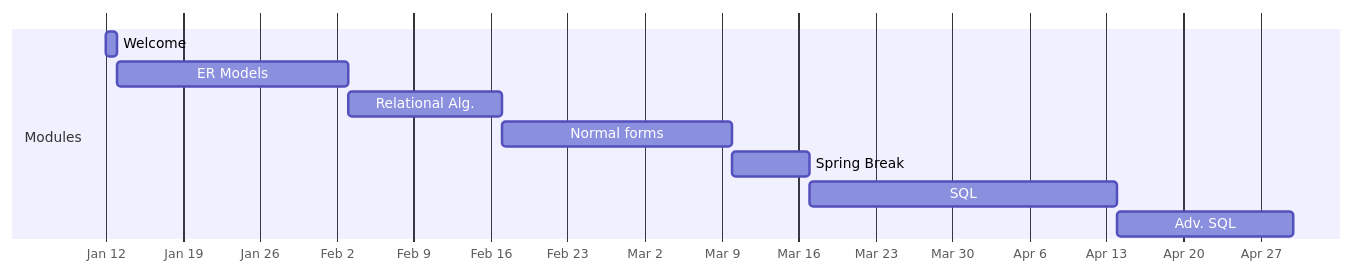
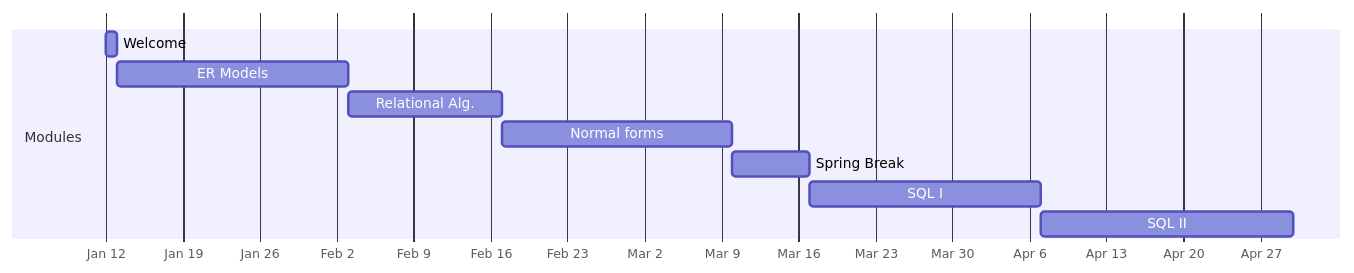
One commit to lowkeylabs/cmsc408-course-admin changed the diagram in sp2025/gantts/modules-gantt.mmd. Above: the diagram before and after it, drawn with Mermaid. The commit also changed 7 other files, not shown here.

Commit message:
rework gantts

```diff
--- a/sp2025/gantts/modules-gantt.mmd
+++ b/sp2025/gantts/modules-gantt.mmd
@@ -1,13 +1,13 @@
 gantt
     dateFormat YYYY-MM-DD
     axisFormat %b %e
     todayMarker stroke-width:7px,stroke:#FFB300,opacity:0.5
 
     section Modules
     Welcome : m0, 2025-01-12, 2025-01-13
     ER Models : m1, 2025-01-13, 2025-02-03
     Relational Alg. : m2, 2025-02-03, 2025-02-17
     Normal forms : m3, 2025-02-17, 2025-03-10
     Spring Break : m4, 2025-03-10, 2025-03-17
-    SQL : m5, 2025-03-17, 2025-04-14
-    Adv. SQL : m6, 2025-04-14, 2025-04-30
+    SQL I : m5, 2025-03-17, 2025-04-07
+    SQL II : m6, 2025-04-07, 2025-04-30
```
